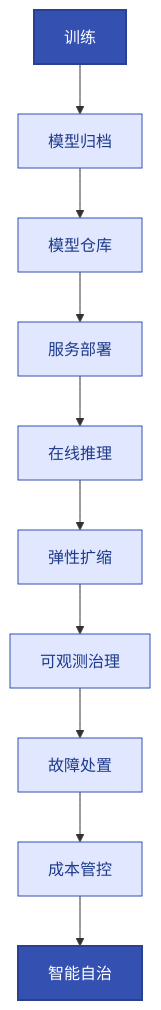
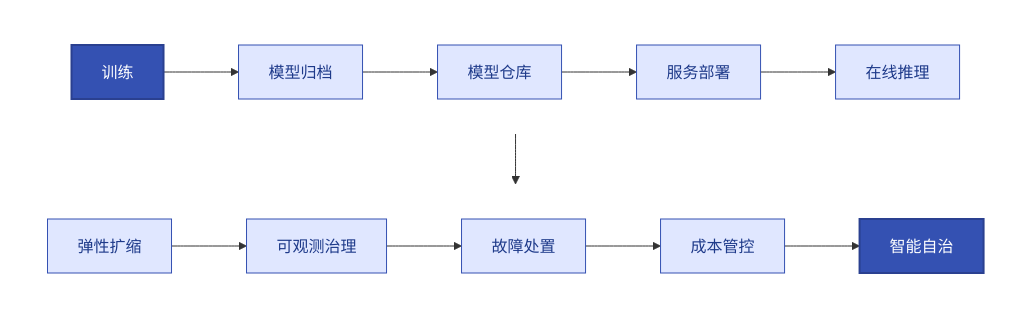
One commit to jackiesre721/ai-native-ops changed the diagram in docs/03-ainative-ops-paradigm.md. Above: the diagram before and after it, drawn with Mermaid. The commit also changed 2 other files, not shown here.

Commit message:
fix: 三处图可读性修复
- ch5.2 reconcile: 边线标签'偏离则纠正'合进节点框(有色背景看得清)
- ch3 AI生命周期: 10节点竖排改2行(5+5 subgraph,隐藏边框),
  避免box太窄看不清
- ch11 金丝雀: LR改TB(竖排,决策分支自然侧展,避免超宽)

````diff
--- a/docs/03-ainative-ops-paradigm.md
+++ b/docs/03-ainative-ops-paradigm.md
@@ -12,9 +12,18 @@
 ```mermaid
 flowchart TB
-    T[训练] --> A[模型归档] --> R[模型仓库] --> D[服务部署] --> I[在线推理]
-    I --> S[弹性扩缩] --> O[可观测治理] --> F[故障处置] --> C[成本管控] --> U[智能自治]
+    subgraph r1[" "]
+      direction LR
+      T[训练] --> A[模型归档] --> R[模型仓库] --> D[服务部署] --> I[在线推理]
+    end
+    subgraph r2[" "]
+      direction LR
+      S[弹性扩缩] --> O[可观测治理] --> F[故障处置] --> C[成本管控] --> U[智能自治]
+    end
+    I --> S
+    style r1 fill:none,stroke:none
+    style r2 fill:none,stroke:none
     classDef start fill:#3451b2,color:#fff,stroke:#2a4090,stroke-width:2px
     classDef proc fill:#e0e7ff,stroke:#3451b2,color:#1e3a8a
     class T,U start
     class A,R,D,I,S,O,F,C proc
 ```
````
